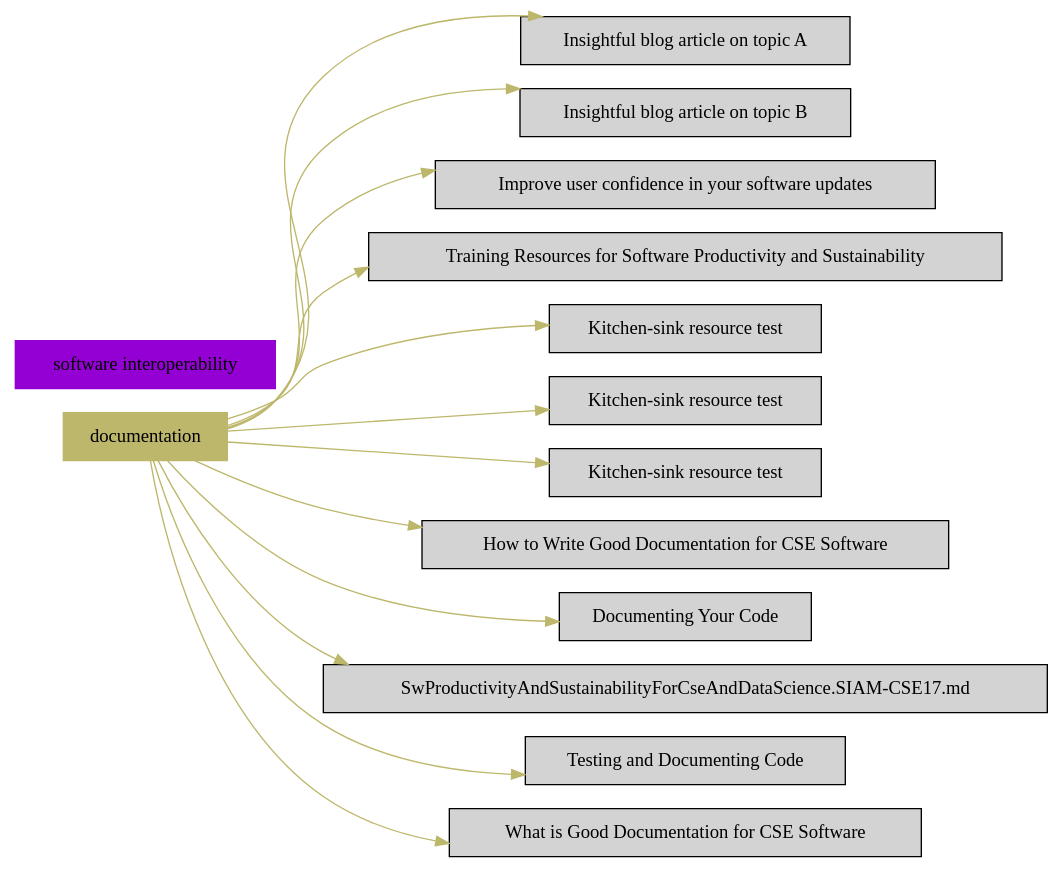
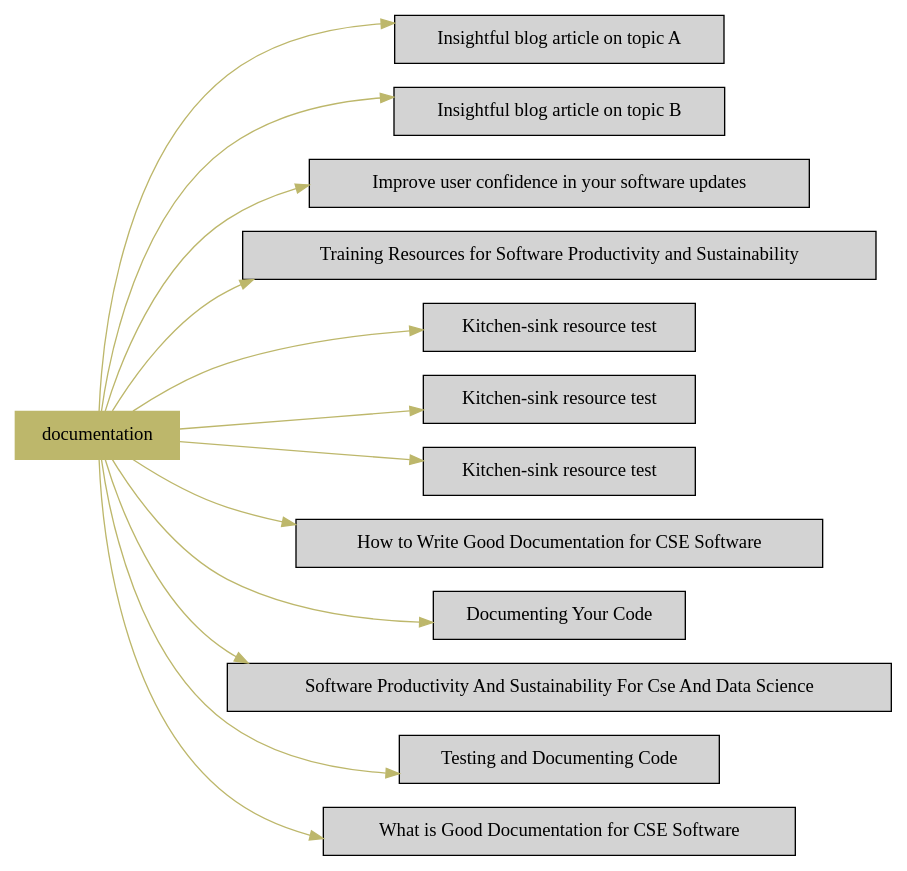
Before and after one commit to duongdo27/Dealii: the diagram in markdown/topic_documentation.dot, drawn with Graphviz. The commit also changed 6 other files, not shown here.

```diff
--- a/markdown/topic_documentation.dot
+++ b/markdown/topic_documentation.dot
@@ -1,31 +1,31 @@
 digraph bettersoftware {
             rankdir = LR;
             ratio = fill;
             node [style=filled];
             node [shape = box];
 "documentation" [colorscheme="svg" color="darkkhaki"];
 "documentation" ->  "BlogArticleSkeletonA.md" [colorscheme="svg" color="darkkhaki"];
 "BlogArticleSkeletonA.md" [label="Insightful blog article on topic A" URL="http://bss.parallactic.com/resources/insightful-blog-article-on-topic-a"];
 "documentation" ->  "BlogArticleSkeletonB.md" [colorscheme="svg" color="darkkhaki"];
 "BlogArticleSkeletonB.md" [label="Insightful blog article on topic B" URL="http://bss.parallactic.com/resources/insightful-blog-article-on-topic-b"];
 "documentation" ->  "ImproveUserConfidenceInSwUpdates.md" [colorscheme="svg" color="darkkhaki"];
 "ImproveUserConfidenceInSwUpdates.md" [label="Improve user confidence in your software updates" URL="http://bss.parallactic.com/resources/improve-user-confidence-in-your-software-updates"];
 "documentation" ->  "BestPracticesForHPCSwDevelopersWebinarSeries.md" [colorscheme="svg" color="darkkhaki"];
 "BestPracticesForHPCSwDevelopersWebinarSeries.md" [label="Training Resources for Software Productivity and Sustainability" URL="http://bss.parallactic.com/resources/training-resources-for-software-productivity-and-sustainability"];
 "documentation" ->  "DocumentationTools.Doxygen.md" [colorscheme="svg" color="darkkhaki"];
 "DocumentationTools.Doxygen.md" [label="Kitchen-sink resource test" URL="http://bss.parallactic.com/resources/kitchen-sink-resource-test"];
 "documentation" ->  "DocumentationTools.ReadTheDocs.md" [colorscheme="svg" color="darkkhaki"];
 "DocumentationTools.ReadTheDocs.md" [label="Kitchen-sink resource test" URL="http://bss.parallactic.com/resources/kitchen-sink-resource-test"];
 "documentation" ->  "DocumentationTools.Sphinx.md" [colorscheme="svg" color="darkkhaki"];
 "DocumentationTools.Sphinx.md" [label="Kitchen-sink resource test" URL="http://bss.parallactic.com/resources/kitchen-sink-resource-test"];
 "documentation" ->  "HowToWriteGoodDocumentation.md" [colorscheme="svg" color="darkkhaki"];
 "HowToWriteGoodDocumentation.md" [label="How to Write Good Documentation for CSE Software" URL="http://bss.parallactic.com/resources/how-to-write-good-documentation-for-cse-software"];
 "documentation" ->  "KlinvexATPESC2016.md" [colorscheme="svg" color="darkkhaki"];
 "KlinvexATPESC2016.md" [label="Documenting Your Code" URL="http://bss.parallactic.com/resources/documenting-your-code"];
 "documentation" ->  "SwProductivityAndSustainabilityForCseAndDataScience.SIAM-CSE17.md" [colorscheme="svg" color="darkkhaki"];
-"software interoperability" [colorscheme="svg" color="darkviolet"];
+"SwProductivityAndSustainabilityForCseAndDataScience.SIAM-CSE17.md" [label="Software Productivity And Sustainability For Cse And Data Science" URL="http://bss.parallactic.com/events/siam-conference-on-computational-science-and-engineering-cse17 "]
 "documentation" ->  "TestingAndDocumentingCode.md" [colorscheme="svg" color="darkkhaki"];
 "TestingAndDocumentingCode.md" [label="Testing and Documenting Code" URL="http://bss.parallactic.com/resources/testing-and-documenting-code"];
 "documentation" ->  "WhatIsGoodDocumentation.md" [colorscheme="svg" color="darkkhaki"];
 "WhatIsGoodDocumentation.md" [label="What is Good Documentation for CSE Software" URL="http://bss.parallactic.com/resources/what-is-good-documentation-for-cse-software"];
 }
```
